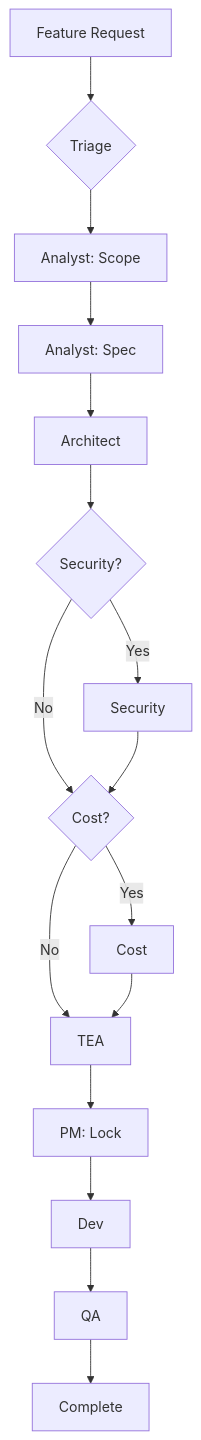
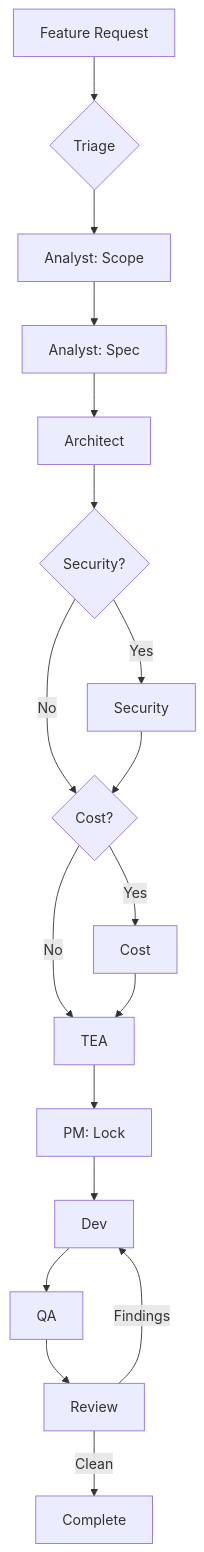
The second of 10 diagrams in site/pages/architecture.mdx (Nine-Sigma/specflow), drawn with Mermaid before and after one commit. The commit also changed other lines of this file, not shown here.

Commit message:
docs: add Review stage to architecture page

````diff
--- a/site/pages/architecture.mdx
+++ b/site/pages/architecture.mdx
@@ -61,18 +63,20 @@
 ```mermaid
 flowchart TD
     Request[Feature Request] --> Triage{Triage}
     Triage --> Scope[Analyst: Scope]
     Scope --> Spec[Analyst: Spec]
     Spec --> Arch[Architect]
     Arch --> SecCheck{Security?}
     SecCheck -->|Yes| Sec[Security]
     SecCheck -->|No| CostCheck
     Sec --> CostCheck{Cost?}
     CostCheck -->|Yes| Cost[Cost]
     CostCheck -->|No| TEA
     Cost --> TEA[TEA]
     TEA --> Lock[PM: Lock]
     Lock --> Dev[Dev]
     Dev --> QA[QA]
-    QA --> Complete[Complete]
+    QA --> Review[Review]
+    Review -->|Findings| Dev
+    Review -->|Clean| Complete[Complete]
 ```
````
